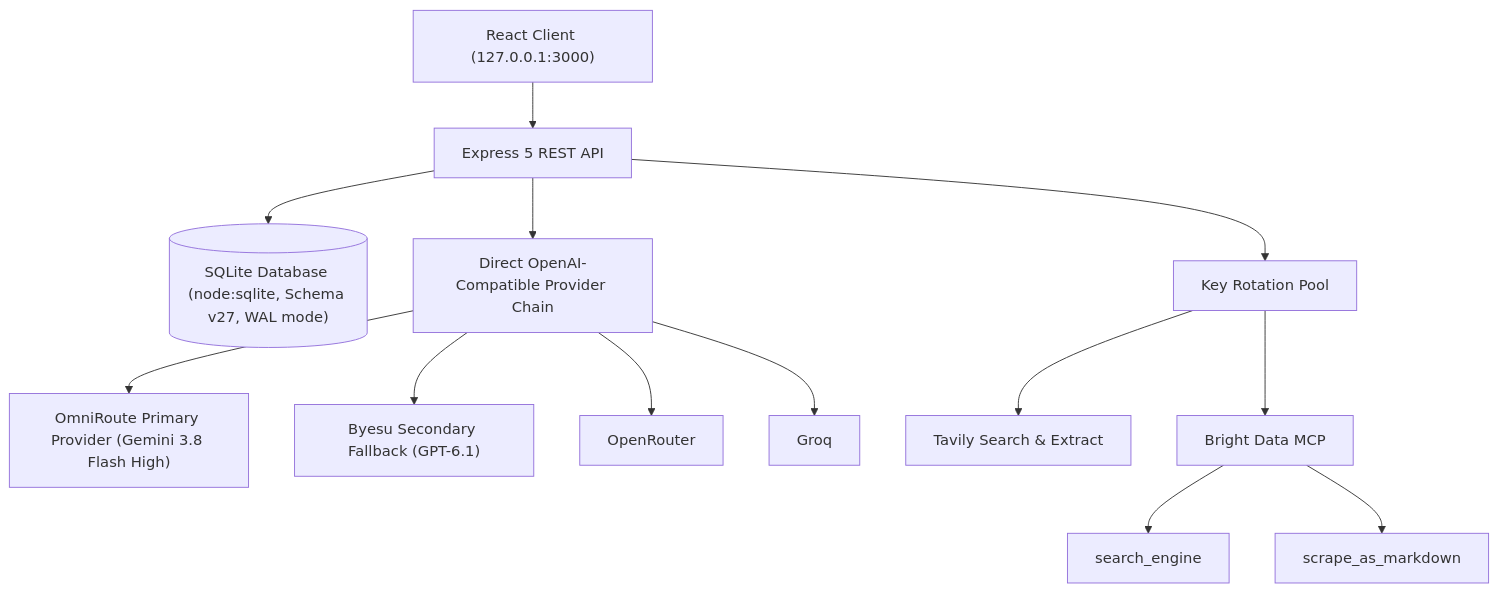
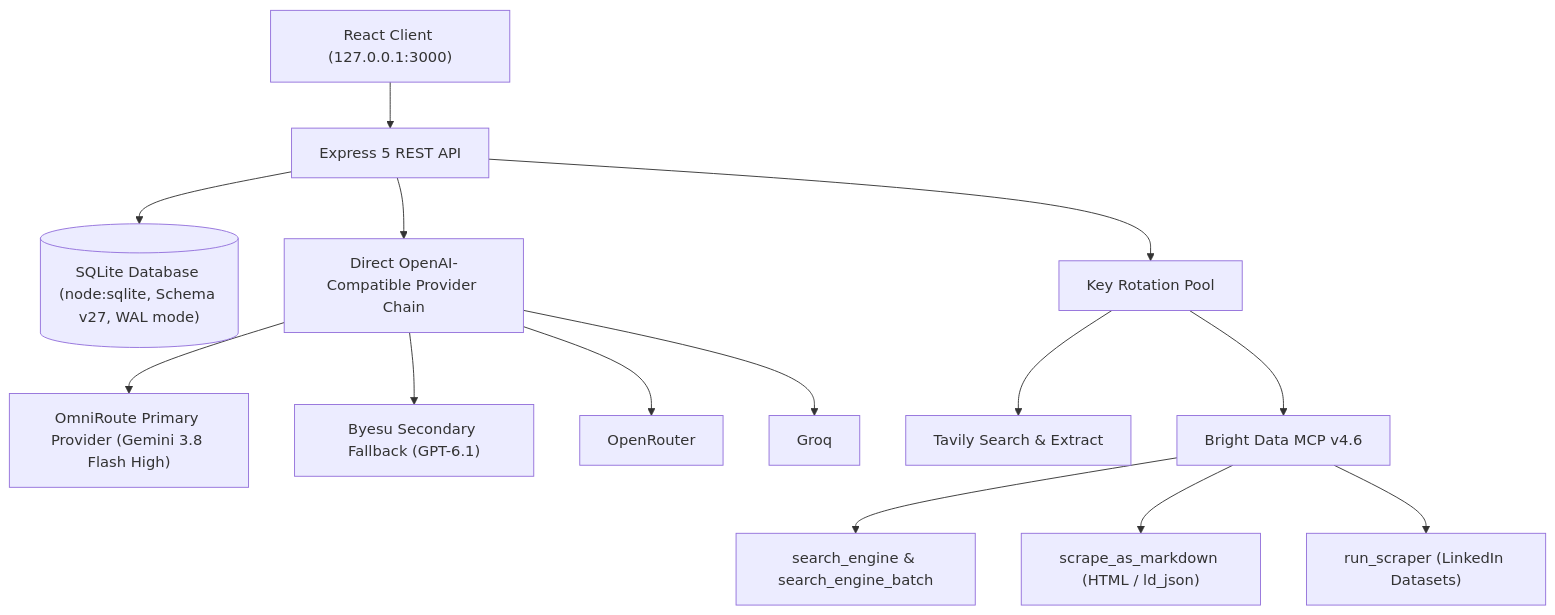
One commit to AliasHolmes/Apex-CRM changed the second of 2 diagrams in README.md. Above: the diagram before and after it, drawn with Mermaid. The commit also changed other lines of this file and 18 other files, not shown here.

Commit message:
feat(brightdata): upgrade to @brightdata/mcp@4.6.0, implement batch search, Schema.org extraction, and sync docs (ADR-0020)

````diff
--- a/README.md
+++ b/README.md
@@ -223,17 +223,18 @@
 ```mermaid
 graph TD
     UI["React Client (127.0.0.1:3000)"] --> API["Express 5 REST API"]
     API --> DB[("SQLite Database (node:sqlite, Schema v27, WAL mode)")]
 
     API --> Direct["Direct OpenAI-Compatible Provider Chain"]
     Direct --> Primary["OmniRoute Primary Provider (Gemini 3.8 Flash High)"]
     Direct --> Secondary["Byesu Secondary Fallback (GPT-6.1)"]
     Direct --> OpenRouter["OpenRouter"]
     Direct --> Groq["Groq"]
 
     API --> KeyRotator["Key Rotation Pool"]
     KeyRotator --> Tavily["Tavily Search & Extract"]
-    KeyRotator --> MCP["Bright Data MCP"]
-    MCP --> BDSearch["search_engine"]
-    MCP --> BDScrape["scrape_as_markdown"]
+    KeyRotator --> MCP["Bright Data MCP v4.6"]
+    MCP --> BDSearch["search_engine & search_engine_batch"]
+    MCP --> BDScrape["scrape_as_markdown (HTML / ld_json)"]
+    MCP --> BDDataset["run_scraper (LinkedIn Datasets)"]
 ```
````
